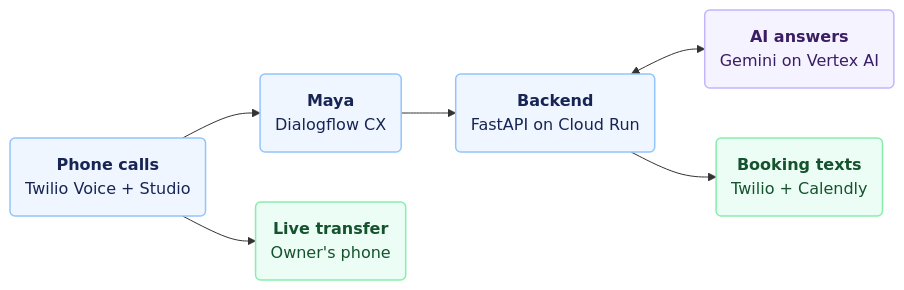
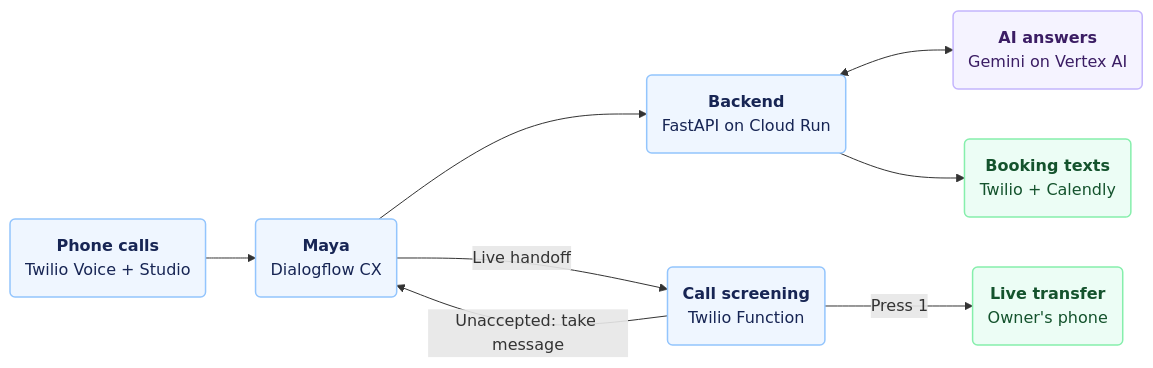
One commit to RedLeopard/dialogflow-cx-virtual-agent changed the diagram in README.md. Above: the diagram before and after it, drawn with Mermaid. The commit also changed other lines of this file and 5 other files, not shown here.

Commit message:
Document working screened transfer and refresh Twilio flow screenshot

````diff
--- a/README.md
+++ b/README.md
@@ -25,30 +25,35 @@
 ```mermaid
 flowchart LR
     accTitle: Maya architecture overview
     accDescr: Twilio connects calls to Maya. The backend uses Gemini and sends booking links. Twilio also transfers calls to the owner.
 
     phone("`**Phone calls**
 Twilio Voice + Studio`")
     maya("`**Maya**
 Dialogflow CX`")
     backend("`**Backend**
 FastAPI on Cloud Run`")
     ai("`**AI answers**
 Gemini on Vertex AI`")
     booking("`**Booking texts**
 Twilio + Calendly`")
     owner("`**Live transfer**
 Owner's phone`")
 
     phone --> maya --> backend
     backend <--> ai
     backend --> booking
-    phone --> owner
+    screen("`**Call screening**
+Twilio Function`")
+
+    maya -->|Live handoff| screen
+    screen -->|Press 1| owner
+    screen -->|Unaccepted: take message| maya
 
     classDef core fill:#eff6ff,stroke:#93c5fd,color:#172554,stroke-width:1.5px
     classDef intelligence fill:#f5f3ff,stroke:#c4b5fd,color:#3b1d64,stroke-width:1.5px
     classDef outcome fill:#ecfdf5,stroke:#86efac,color:#14532d,stroke-width:1.5px
-    class phone,maya,backend core
+    class phone,maya,backend,screen core
     class ai intelligence
     class booking,owner outcome
 ```
````
